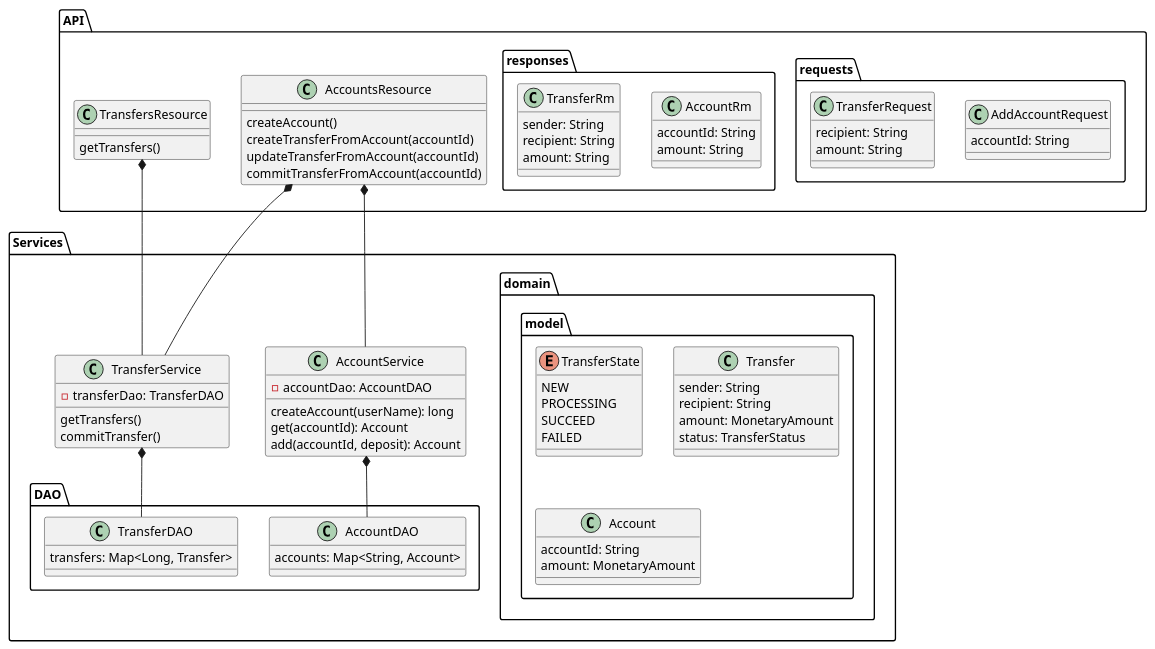
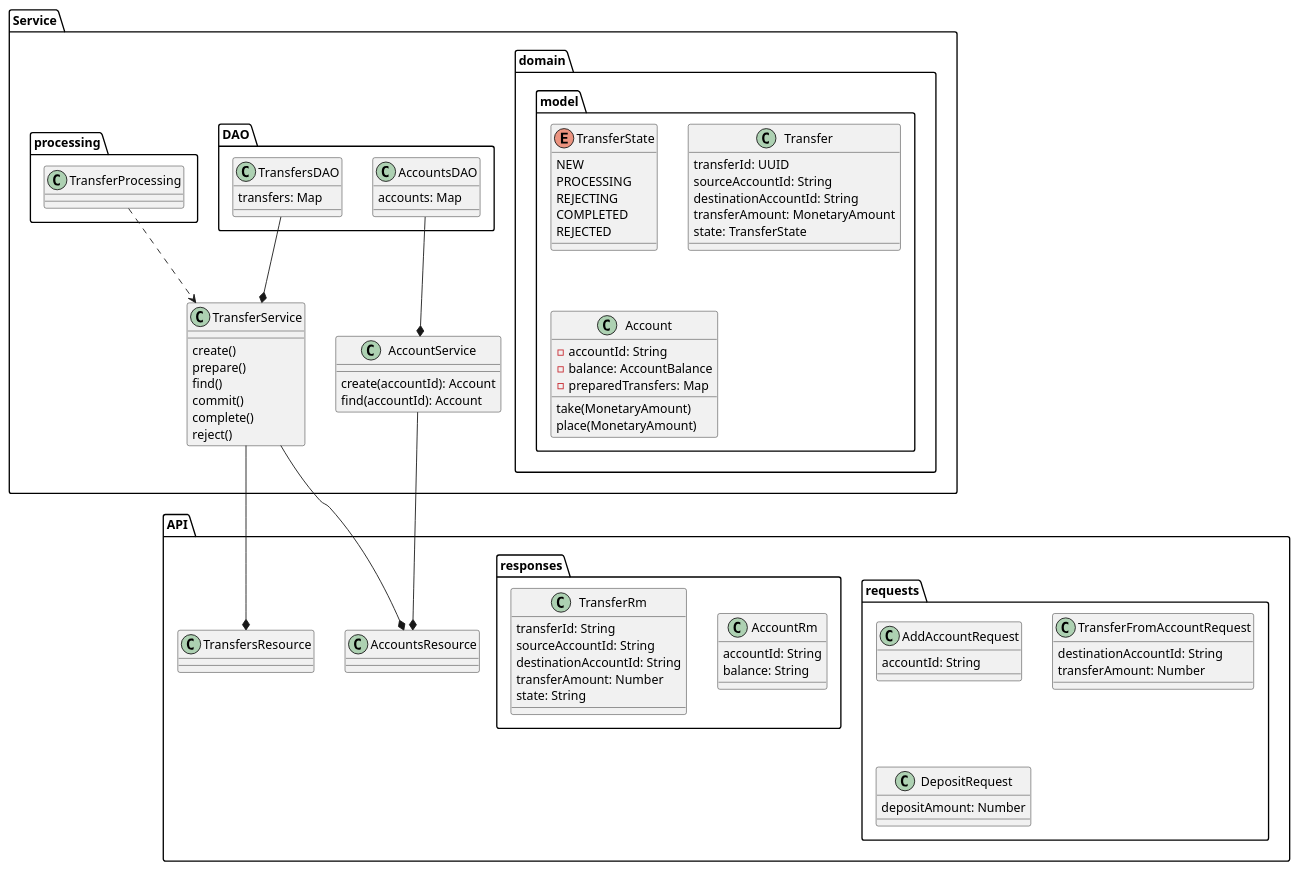
One commit to samfrown/jjtransfer changed the diagram in design/classes.puml. Above: the diagram before and after it, drawn with PlantUML. The commit also changed 9 other files, not shown here.

```diff
--- a/design/classes.puml
+++ b/design/classes.puml
@@ -1,96 +1,107 @@
 @startuml
 
 package API {
 
 package requests {
 class AddAccountRequest {
     accountId: String
 }
 
-class TransferRequest {
-    recipient: String
-    amount: String
+class TransferFromAccountRequest {
+    destinationAccountId: String
+    transferAmount: Number
+}
+
+class DepositRequest {
+    depositAmount: Number
 }
 }
 
 package responses {
 class AccountRm {
     accountId: String
-    amount: String
+    balance: String
 }
 
 class TransferRm {
-    sender: String
-    recipient: String
-    amount: String
+    transferId: String
+    sourceAccountId: String
+    destinationAccountId: String
+    transferAmount: Number
+    state: String
 }
 }
 
 class AccountsResource {
-    createAccount()
-    createTransferFromAccount(accountId)
-    updateTransferFromAccount(accountId)
-    commitTransferFromAccount(accountId)
 }
 
 class TransfersResource {
-    getTransfers()
 }
 }
 
-package Services {
+package Service {
 class AccountService {
-    -accountDao: AccountDAO
-
-    createAccount(userName): long
-    get(accountId): Account
-    add(accountId, deposit): Account
+    create(accountId): Account
+    find(accountId): Account
 }
 
 class TransferService {
-    - transferDao: TransferDAO
-    getTransfers()
-    commitTransfer()
+    create()
+    prepare()
+    find()
+    commit()
+    complete()
+    reject()
 }
 
 package domain.model {
 enum TransferState {
     NEW
     PROCESSING
-    SUCCEED
-    FAILED
+    REJECTING
+    COMPLETED
+    REJECTED
 }
 
 class Transfer {
-    sender: String
-    recipient: String
-    amount: MonetaryAmount
-    status: TransferStatus
+    transferId: UUID
+    sourceAccountId: String
+    destinationAccountId: String
+    transferAmount: MonetaryAmount
+    state: TransferState
 }
 
 class Account {
-    accountId: String
-    amount: MonetaryAmount
+    - accountId: String
+    - balance: AccountBalance
+    - preparedTransfers: Map
+    take(MonetaryAmount)
+    place(MonetaryAmount)
 }
 }
 
 
 package DAO {
-class AccountDAO {
-    accounts: Map<String, Account>
+class AccountsDAO {
+    accounts: Map
 }
 
-class TransferDAO {
-    transfers: Map<Long, Transfer>
+class TransfersDAO {
+    transfers: Map
+}
+}
+
+package processing {
+class TransferProcessing {
 }
 }
 }
 
-AccountService *-- AccountDAO
-TransferService *-- TransferDAO
+AccountService *-u- AccountsDAO
+TransferService *-u- TransfersDAO
 
-AccountsResource *-- AccountService
-AccountsResource *-- TransferService
-TransfersResource *-- TransferService
-
+AccountsResource *-u- AccountService
+AccountsResource *-u- TransferService
+TransfersResource *-u- TransferService
+TransferProcessing ..> TransferService
 @enduml
```
